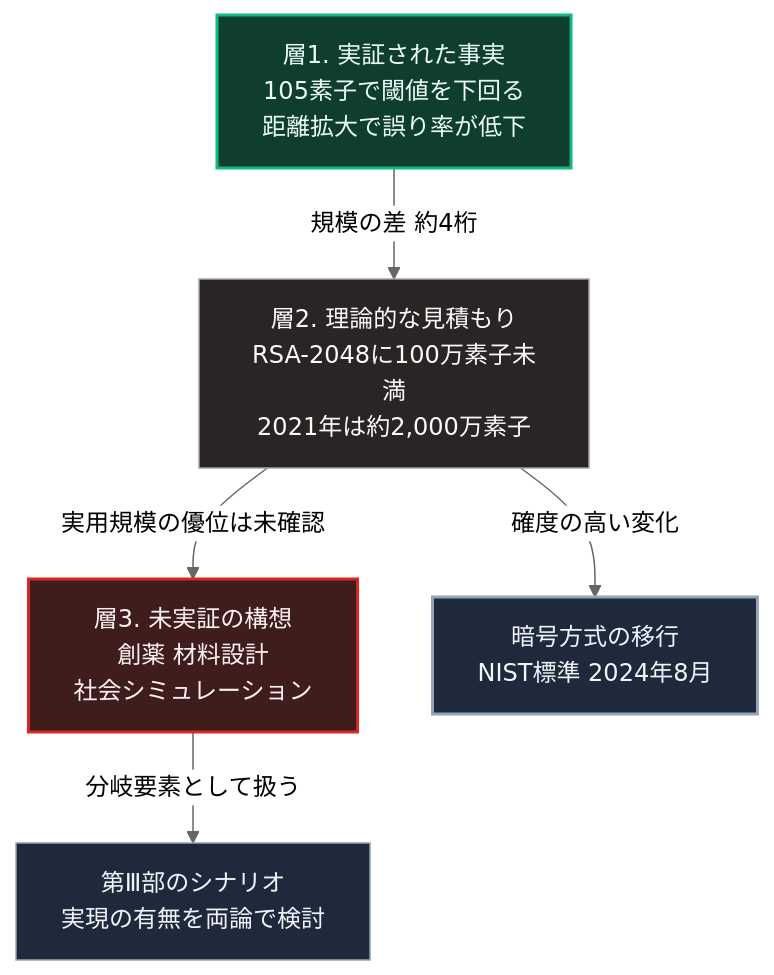
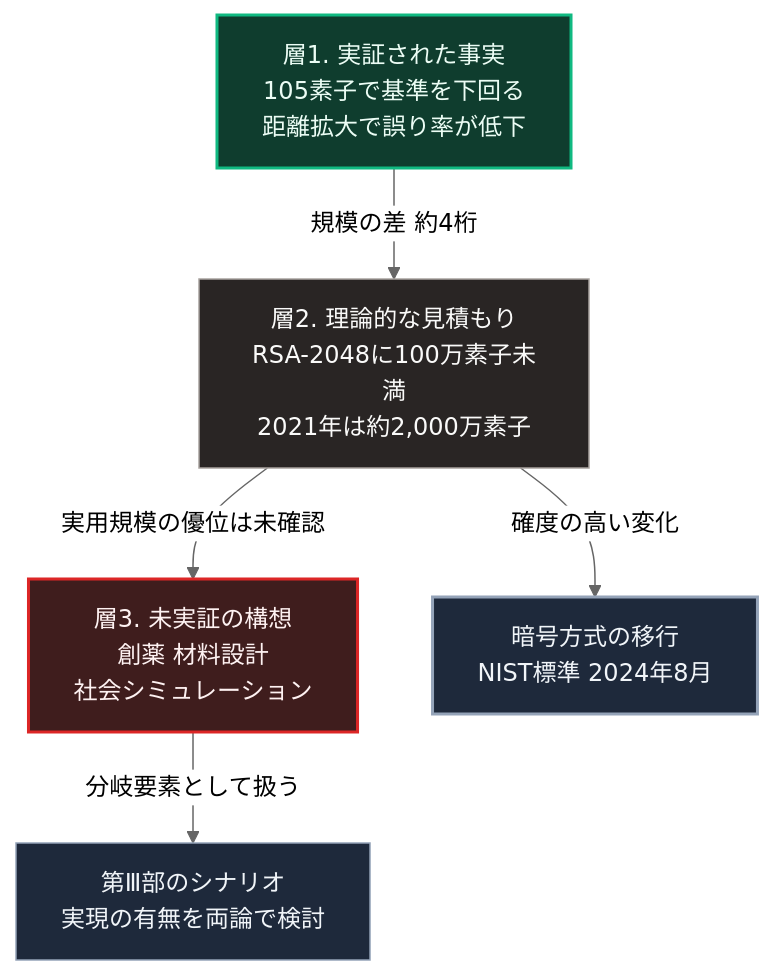
The diagram in books/sovereign-resilience-blueprint/quantum-computing-impact.md (Takenori-Kusaka/zenn-content), drawn with Mermaid (neutral theme) before and after one commit. The commit also changed 15 other files, not shown here.

````diff
--- a/books/sovereign-resilience-blueprint/quantum-computing-impact.md
+++ b/books/sovereign-resilience-blueprint/quantum-computing-impact.md
@@ -61,14 +61,14 @@
 ```mermaid
 flowchart TD
-    L1[層1. 実証された事実<br>105素子で閾値を下回る<br>距離拡大で誤り率が低下]
+    L1[層1. 実証された事実<br>105素子で基準を下回る<br>距離拡大で誤り率が低下]
     L1 -->|規模の差 約4桁| L2[層2. 理論的な見積もり<br>RSA-2048に100万素子未満<br>2021年は約2,000万素子]
     L2 -->|実用規模の優位は未確認| L3[層3. 未実証の構想<br>創薬 材料設計<br>社会シミュレーション]
     L2 -->|確度の高い変化| A[暗号方式の移行<br>NIST標準 2024年8月]
     L3 -->|分岐要素として扱う| B[第Ⅲ部のシナリオ<br>実現の有無を両論で検討]
 
     style L1 fill:#0f3d2e,stroke:#10b981,stroke-width:2px,color:#ecfdf5
     style L2 fill:#292524,stroke:#a8a29e,color:#fafaf9
     style L3 fill:#3f1d1d,stroke:#dc2626,stroke-width:2px,color:#fef2f2
     style A fill:#1e293b,stroke:#94a3b8,stroke-width:2px,color:#f1f5f9
     style B fill:#1e293b,stroke:#94a3b8,color:#f1f5f9
 ```
````
